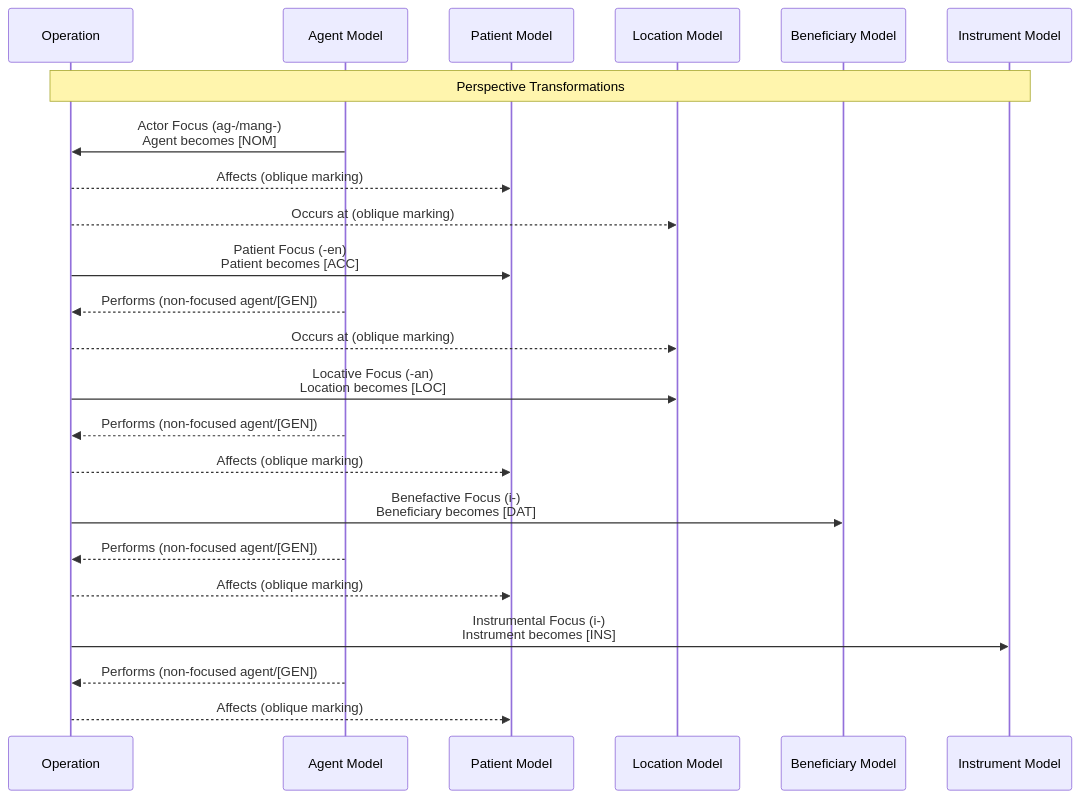
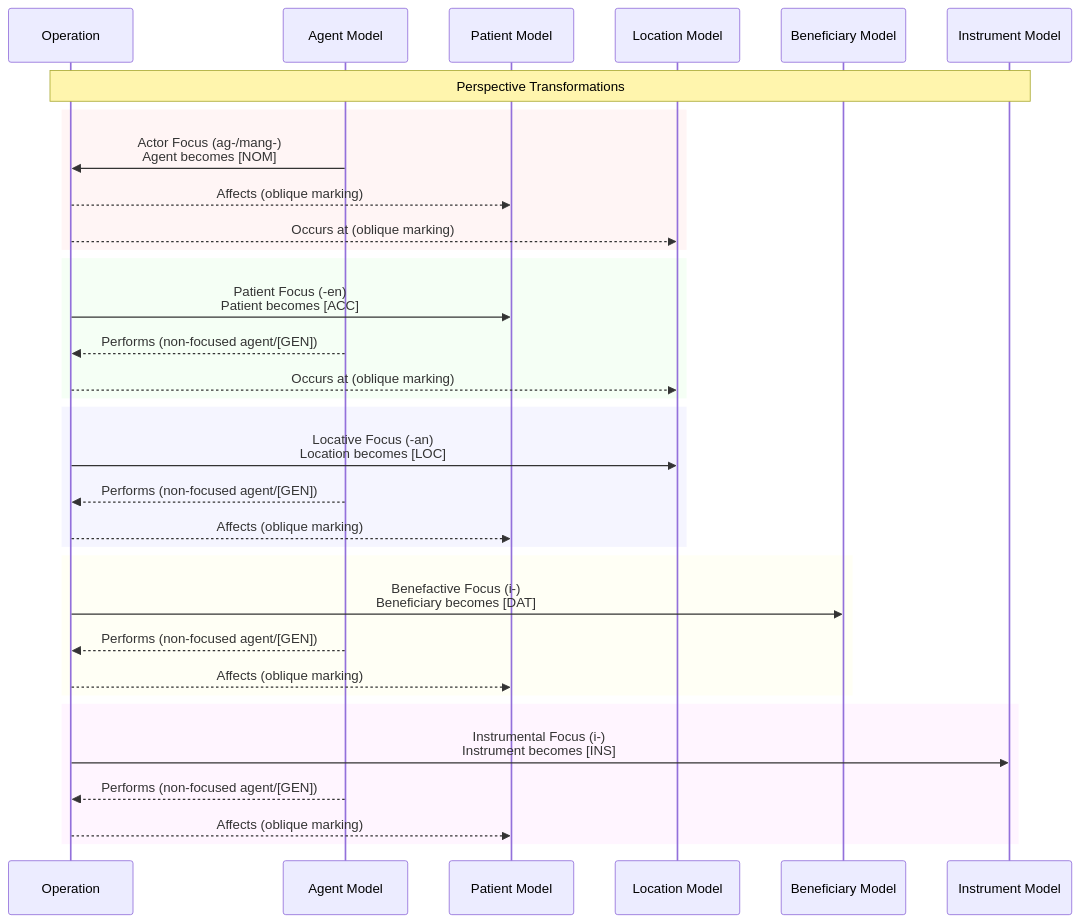
The fourth of 6 diagrams in docs/languages/ilocano.md (ActiveInferenceInstitute/CEREBRUM), drawn with Mermaid before and after one commit. The commit also changed other lines of this file and 1 other file, not shown here.

````diff
--- a/docs/languages/ilocano.md
+++ b/docs/languages/ilocano.md
@@ -243,31 +263,41 @@
 ```mermaid
 sequenceDiagram
-    participant Operation as Operation
-    participant Agent as Agent Model
-    participant Patient as Patient Model
-    participant Location as Location Model
-    participant Beneficiary as Beneficiary Model
-    participant Instrument as Instrument Model
+    participant Op as Operation
+    participant Ag as Agent Model
+    participant Pat as Patient Model
+    participant Loc as Location Model
+    participant Ben as Beneficiary Model
+    participant Ins as Instrument Model
     
-    Note over Operation,Instrument: Perspective Transformations
+    Note over Op,Ins: Perspective Transformations
     
-    Agent->>Operation: Actor Focus (ag-/mang-)<br>Agent becomes [NOM]
-    Operation-->>Patient: Affects (oblique marking)
-    Operation-->>Location: Occurs at (oblique marking)
+    rect rgba(255, 220, 220, 0.3)
+    Ag->>Op: Actor Focus (ag-/mang-)<br>Agent becomes [NOM]
+    Op-->>Pat: Affects (oblique marking)
+    Op-->>Loc: Occurs at (oblique marking)
+    end
     
-    Operation->>Patient: Patient Focus (-en)<br>Patient becomes [ACC]
-    Agent-->>Operation: Performs (non-focused agent/[GEN])
-    Operation-->>Location: Occurs at (oblique marking)
+    rect rgba(220, 255, 220, 0.3)
+    Op->>Pat: Patient Focus (-en)<br>Patient becomes [ACC]
+    Ag-->>Op: Performs (non-focused agent/[GEN])
+    Op-->>Loc: Occurs at (oblique marking)
+    end
     
-    Operation->>Location: Locative Focus (-an)<br>Location becomes [LOC]
-    Agent-->>Operation: Performs (non-focused agent/[GEN])
-    Operation-->>Patient: Affects (oblique marking)
+    rect rgba(220, 220, 255, 0.3)
+    Op->>Loc: Locative Focus (-an)<br>Location becomes [LOC]
+    Ag-->>Op: Performs (non-focused agent/[GEN])
+    Op-->>Pat: Affects (oblique marking)
+    end
     
-    Operation->>Beneficiary: Benefactive Focus (i-)<br>Beneficiary becomes [DAT]
-    Agent-->>Operation: Performs (non-focused agent/[GEN])
-    Operation-->>Patient: Affects (oblique marking)
+    rect rgba(255, 255, 220, 0.3)
+    Op->>Ben: Benefactive Focus (i-)<br>Beneficiary becomes [DAT]
+    Ag-->>Op: Performs (non-focused agent/[GEN])
+    Op-->>Pat: Affects (oblique marking)
+    end
     
-    Operation->>Instrument: Instrumental Focus (i-)<br>Instrument becomes [INS]
-    Agent-->>Operation: Performs (non-focused agent/[GEN])
-    Operation-->>Patient: Affects (oblique marking)
+    rect rgba(255, 220, 255, 0.3)
+    Op->>Ins: Instrumental Focus (i-)<br>Instrument becomes [INS]
+    Ag-->>Op: Performs (non-focused agent/[GEN])
+    Op-->>Pat: Affects (oblique marking)
+    end
 ```
````
